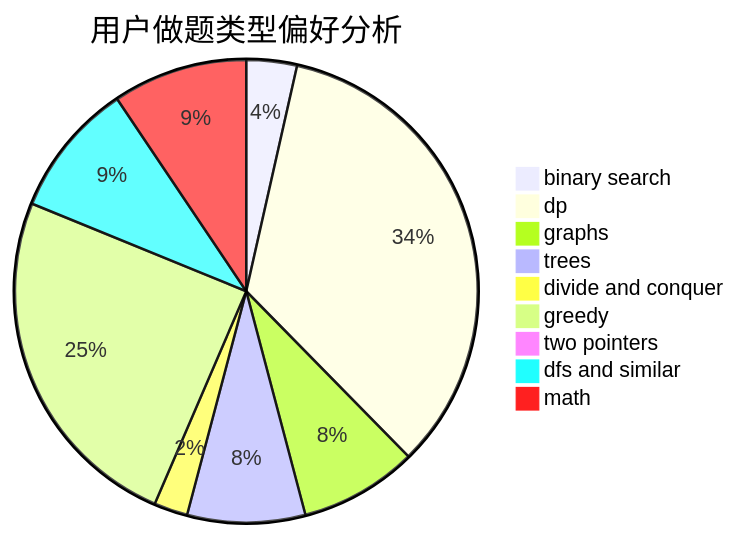
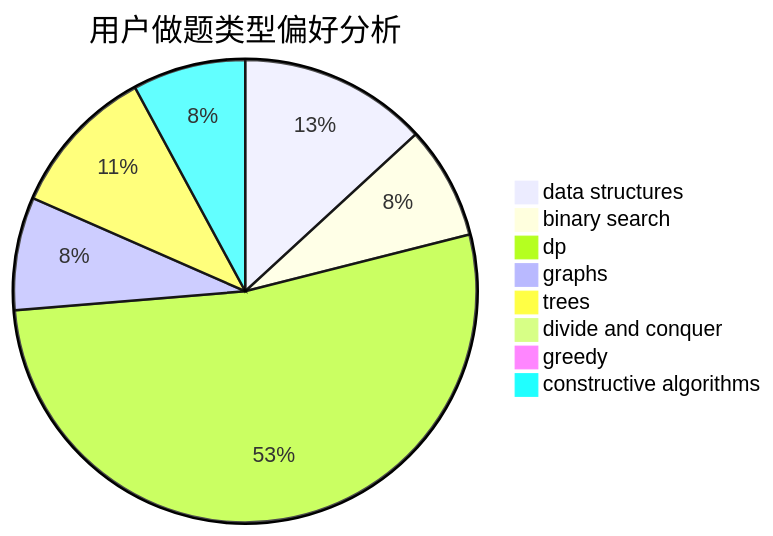
One commit to sherpahu/cfrs.github.io changed the second of 3 diagrams in docs/user/u512.md. Above: the diagram before and after it, drawn with Mermaid. The commit also changed other lines of this file and 2775 other files, not shown here.

````diff
--- a/docs/user/u512.md
+++ b/docs/user/u512.md
@@ -23,12 +23,11 @@
 ```mermaid
 pie title 用户做题类型偏好分析
+    "data structures" :  5
     "binary search" :  3
-    "dp" :  29
-    "graphs" :  7
-    "trees" :  7
-    "divide and conquer" :  2
-    "greedy" :  21
-    "two pointers" :  0
-    "dfs and similar" :  8
-    "math" :  8
+    "dp" :  20
+    "graphs" :  3
+    "trees" :  4
+    "divide and conquer" :  0
+    "greedy" :  0
+    "constructive algorithms" :  3
 ```
````
